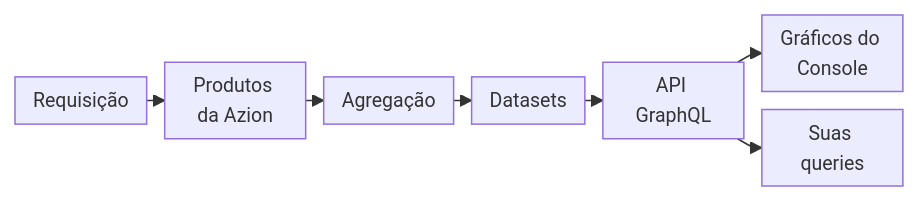
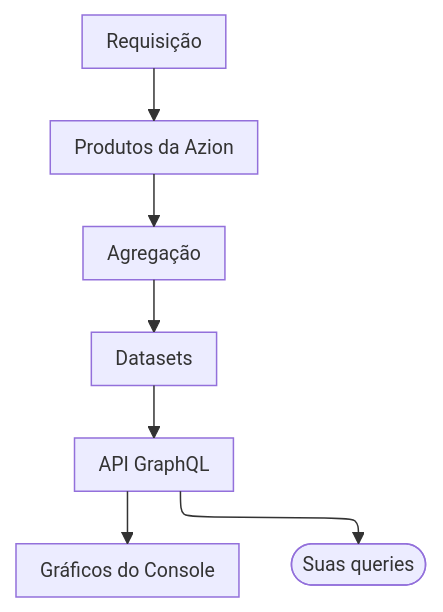
The diagram in apps/docs/src/content/docs/pt-br/pages/menu-principal/referencia/observe/real-time-metrics/real-time-metrics.mdx (aziontech/docs), drawn with Mermaid before and after one commit. The commit also changed 179 other files, not shown here.

Commit message:
docs(diagrams): redraw every other diagram in the use-case diagram style (#2513)

````diff
--- a/apps/docs/src/content/docs/pt-br/pages/menu-principal/referencia/observe/real-time-metrics/real-time-metrics.mdx
+++ b/apps/docs/src/content/docs/pt-br/pages/menu-principal/referencia/observe/real-time-metrics/real-time-metrics.mdx
@@ -66,10 +66,10 @@
 ```mermaid
-%%{init: {"layout": "dagre", "themeVariables": {"fontSize": "13px"}, "flowchart": {"nodeSpacing": 12, "rankSpacing": 12, "padding": 6, "wrappingWidth": 70, "minNodeWidth": 40, "useMaxWidth": true}}}%%
-flowchart LR
+%%{init: {"layout": "elk", "themeVariables": {"fontSize": "13px"}, "flowchart": {"nodeSpacing": 24, "rankSpacing": 36, "padding": 8, "wrappingWidth": 150, "useMaxWidth": true}, "sequence": {"width": 120, "actorMargin": 30, "useMaxWidth": true}}}%%
+flowchart TD
   Req["Requisição"] --> P["Produtos da Azion"]
   P --> Agg["Agregação"]
   Agg --> DS["Datasets"]
   DS --> API["API GraphQL"]
   API --> Con["Gráficos do Console"]
-  API --> Q["Suas queries"]
+  API --> Q(["Suas queries"])
 ```
````
